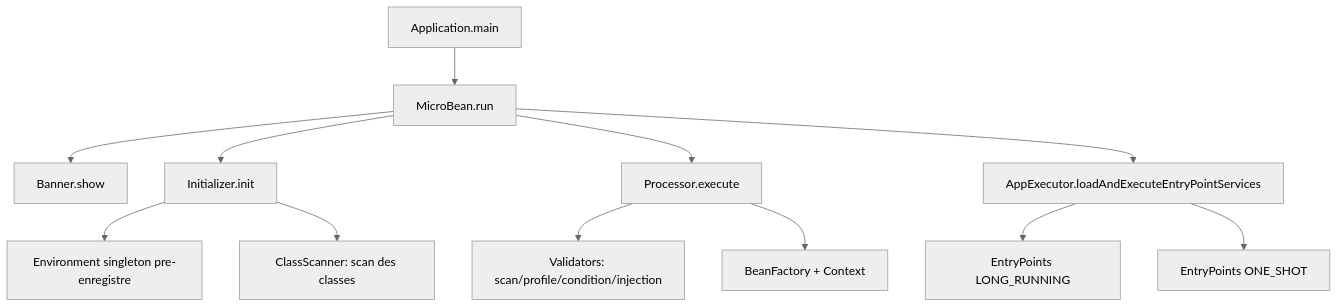
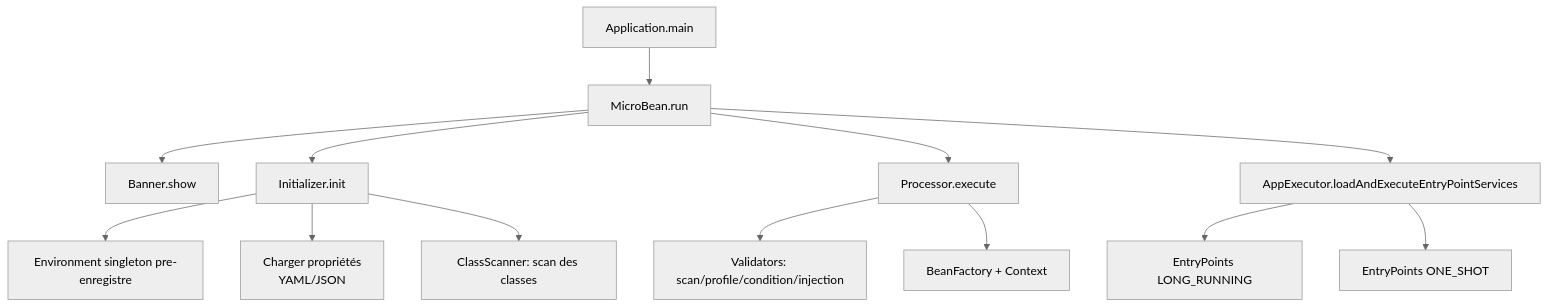
The first of 2 diagrams in MicroBean-core/README.md (jasonpercus/MicroBean), drawn with Mermaid (neutral theme) before and after one commit. The commit also changed other lines of this file and 24 other files, not shown here.

````diff
--- a/MicroBean-core/README.md
+++ b/MicroBean-core/README.md
@@ -76,14 +78,15 @@
 ```mermaid
 flowchart TD
     A[Application.main] --> B[MicroBean.run]
     B --> C[Banner.show]
     B --> D[Initializer.init]
     D --> D1[Environment singleton pre-enregistre]
+    D --> D2["Charger propriétés<br/>YAML/JSON"]
     D --> E[ClassScanner: scan des classes]
     B --> F[Processor.execute]
     F --> G[Validators: scan/profile/condition/injection]
     F --> H[BeanFactory + Context]
     B --> I[AppExecutor.loadAndExecuteEntryPointServices]
     I --> J[EntryPoints LONG_RUNNING]
     I --> K[EntryPoints ONE_SHOT]
 ```
````
